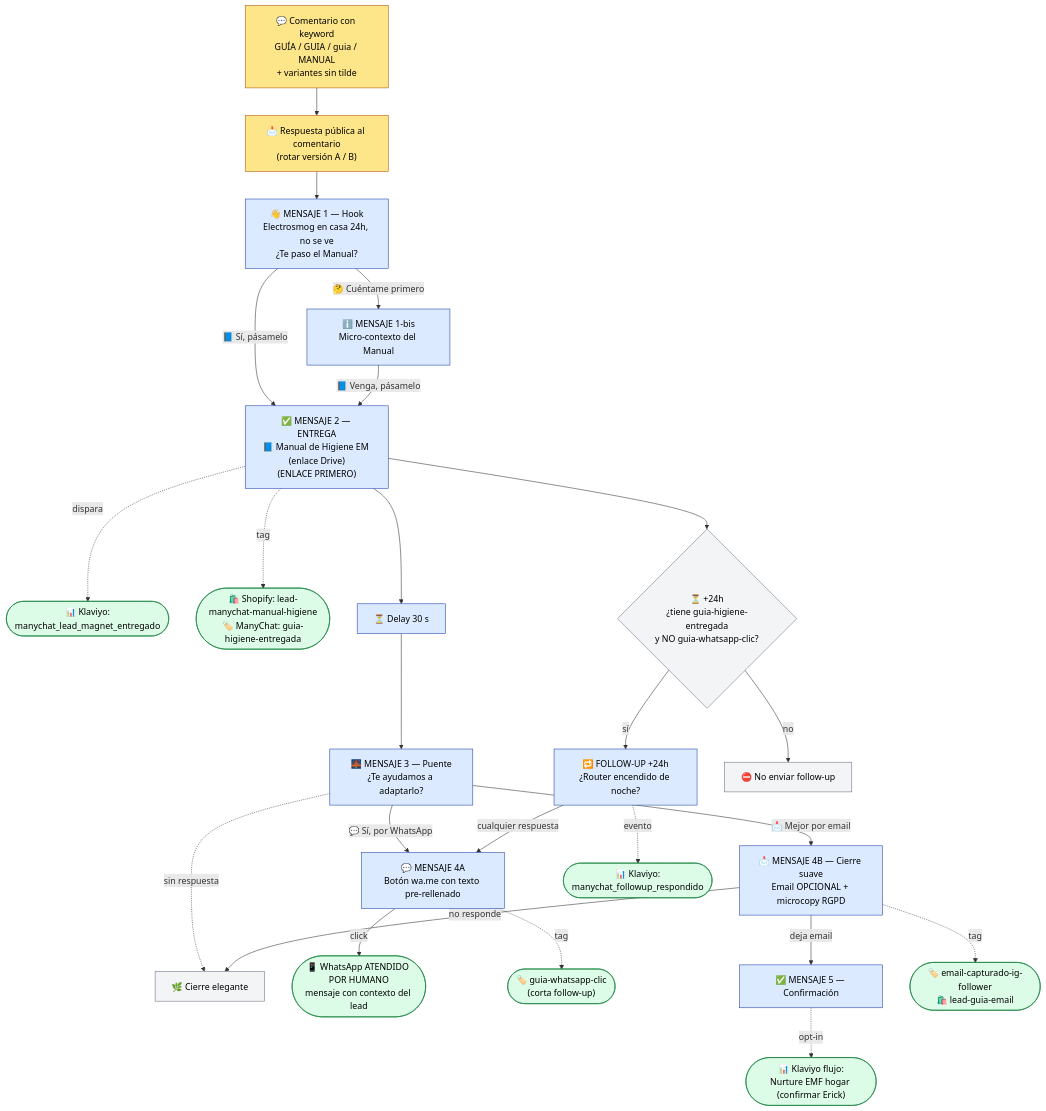
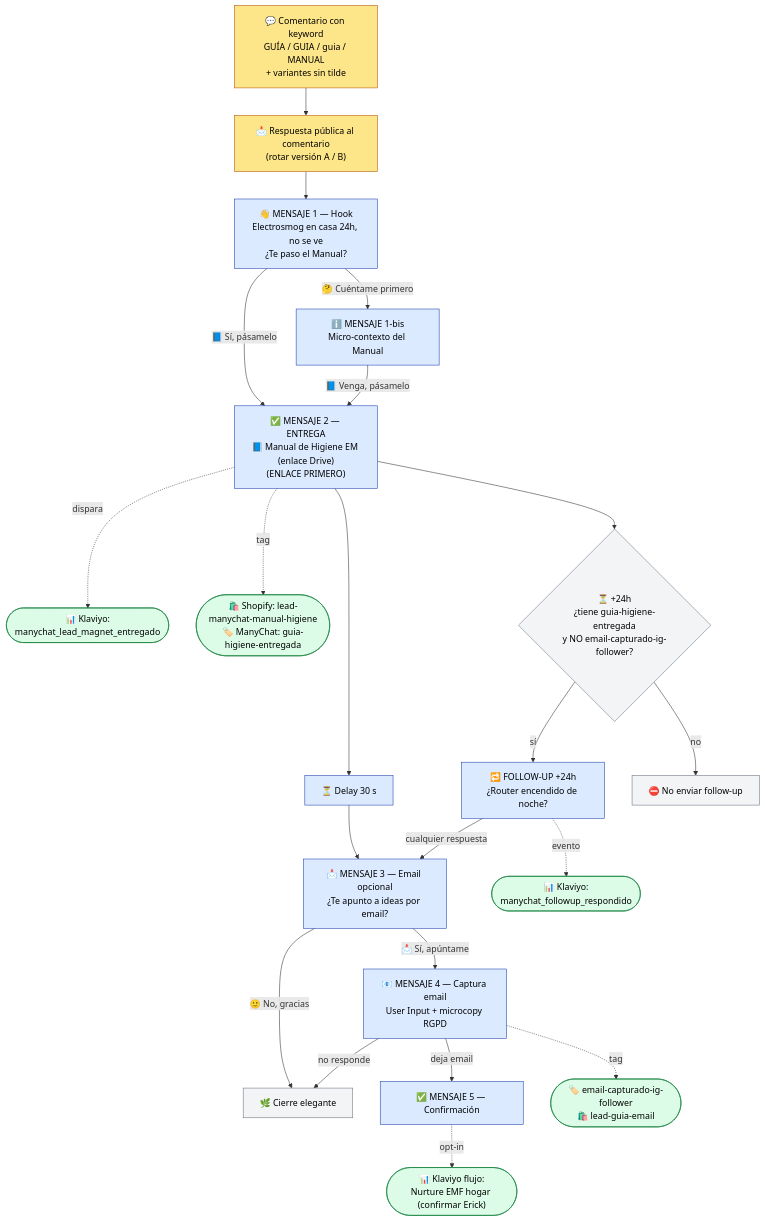
The diagram in flujos-manychat/diagrama-flujo-guia.mmd (javierekiosalud/Ekio-Claude), drawn with Mermaid before and after one commit. The commit also changed 2 other files, not shown here.

Commit message:
Update: flujo GUÍA simplificado sin WhatsApp (entrega solo en ManyChat)
Elimina la rama de WhatsApp por decisión de Javier: el Manual se entrega
por enlace de Drive dentro del DM y se ofrece email opcional. Ajusta
mensajes, evento Klaviyo (sin whatsapp_click), tags, QA y diagrama.

```diff
--- a/flujos-manychat/diagrama-flujo-guia.mmd
+++ b/flujos-manychat/diagrama-flujo-guia.mmd
@@ -1,53 +1,48 @@
 %% DIAGRAMA FLUJO MANYCHAT "GUÍA" — EKIO Electrosmog España
 %% Entregable 3 de 3 · Renderizar en cualquier visor Mermaid (flowchart TD)
 
 flowchart TD
     %% ── TRIGGER ──
     A["💬 Comentario con keyword<br/>GUÍA / GUIA / guia / MANUAL<br/>+ variantes sin tilde"] --> B["📩 Respuesta pública al comentario<br/>(rotar versión A / B)"]
     B --> C["👋 MENSAJE 1 — Hook<br/>Electrosmog en casa 24h, no se ve<br/>¿Te paso el Manual?"]
 
     %% ── CONFIRMACIÓN ──
     C -->|📘 Sí, pásamelo| E
     C -->|🤔 Cuéntame primero| D["ℹ️ MENSAJE 1-bis<br/>Micro-contexto del Manual"]
     D -->|📘 Venga, pásamelo| E
 
     %% ── ENTREGA ──
     E["✅ MENSAJE 2 — ENTREGA<br/>📘 Manual de Higiene EM (enlace Drive)<br/>(ENLACE PRIMERO)"]
     E -.->|dispara| K1(["📊 Klaviyo:<br/>manychat_lead_magnet_entregado"])
     E -.->|tag| S1(["🛍️ Shopify: lead-manychat-manual-higiene<br/>🏷️ ManyChat: guia-higiene-entregada"])
 
-    %% ── DELAY + PUENTE ──
+    %% ── DELAY + EMAIL OPCIONAL ──
     E --> W["⏳ Delay 30 s"]
-    W --> F["🌉 MENSAJE 3 — Puente<br/>¿Te ayudamos a adaptarlo?"]
+    W --> F["📩 MENSAJE 3 — Email opcional<br/>¿Te apunto a ideas por email?"]
 
     %% ── RAMAS ──
-    F -->|💬 Sí, por WhatsApp| G["💬 MENSAJE 4A<br/>Botón wa.me con texto pre-rellenado"]
-    F -->|📩 Mejor por email| H["📩 MENSAJE 4B — Cierre suave<br/>Email OPCIONAL + microcopy RGPD"]
-    F -.->|sin respuesta| Z["🌿 Cierre elegante"]
-
-    %% ── WHATSAPP ──
-    G -->|click| WA(["📱 WhatsApp ATENDIDO POR HUMANO<br/>mensaje con contexto del lead"])
-    G -.->|tag| S2(["🏷️ guia-whatsapp-clic<br/>(corta follow-up)"])
+    F -->|📩 Sí, apúntame| H["📧 MENSAJE 4 — Captura email<br/>User Input + microcopy RGPD"]
+    F -->|🙂 No, gracias| Z["🌿 Cierre elegante"]
 
     %% ── EMAIL ──
     H -->|deja email| I["✅ MENSAJE 5 — Confirmación"]
     H -->|no responde| Z
     I -.->|opt-in| K2(["📊 Klaviyo flujo:<br/>Nurture EMF hogar (confirmar Erick)"])
     H -.->|tag| S3(["🏷️ email-capturado-ig-follower<br/>🛍️ lead-guia-email"])
 
     %% ── FOLLOW-UP ──
-    E --> FU{"⏳ +24h<br/>¿tiene guia-higiene-entregada<br/>y NO guia-whatsapp-clic?"}
+    E --> FU{"⏳ +24h<br/>¿tiene guia-higiene-entregada<br/>y NO email-capturado-ig-follower?"}
     FU -->|sí| FUP["🔁 FOLLOW-UP +24h<br/>¿Router encendido de noche?"]
     FU -->|no| X["⛔ No enviar follow-up"]
-    FUP -->|cualquier respuesta| G
+    FUP -->|cualquier respuesta| F
     FUP -.->|evento| K3(["📊 Klaviyo:<br/>manychat_followup_respondido"])
 
     %% ── ESTILOS ──
     classDef trigger fill:#fde68a,stroke:#b45309,color:#000;
     classDef msg fill:#dbeafe,stroke:#1e40af,color:#000;
     classDef integ fill:#dcfce7,stroke:#15803d,color:#000;
     classDef close fill:#f3f4f6,stroke:#6b7280,color:#000;
     class A,B trigger;
-    class C,D,E,F,G,H,I,FUP,W msg;
-    class K1,K2,K3,S1,S2,S3,WA integ;
+    class C,D,E,F,H,I,FUP,W msg;
+    class K1,K2,K3,S1,S3 integ;
     class Z,X,FU close;
```
